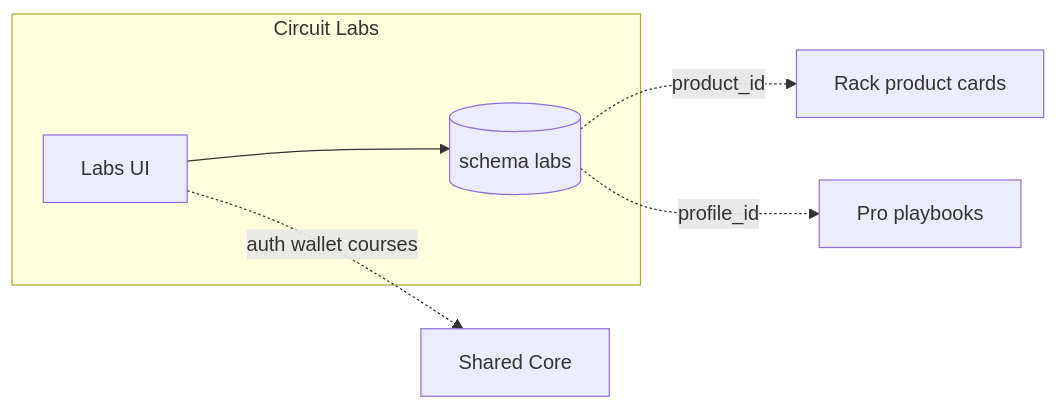
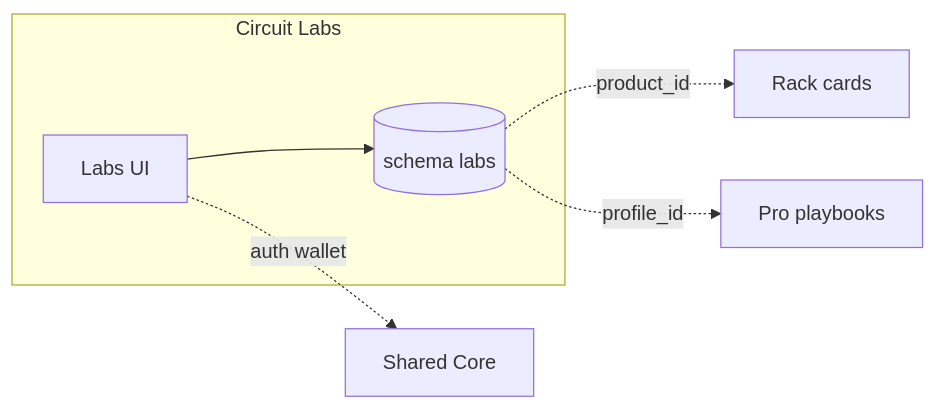
The diagram in 02_PLATFORMS/labs/README.md (Mohabaziz2020/benben), drawn with Mermaid before and after one commit. The commit also changed other lines of this file and 5 other files, not shown here.

````diff
--- a/02_PLATFORMS/labs/README.md
+++ b/02_PLATFORMS/labs/README.md
@@ -161,14 +106,14 @@
 ```mermaid
 flowchart LR
   subgraph labs_island [Circuit Labs]
     LUI[Labs UI]
     LDB[(schema labs)]
   end
-  Rack[Rack product cards]
+  Rack[Rack cards]
   Pro[Pro playbooks]
   Core[Shared Core]
   LUI --> LDB
   LDB -.->|product_id| Rack
   LDB -.->|profile_id| Pro
-  LUI -.->|auth wallet courses| Core
+  LUI -.->|auth wallet| Core
 ```
````
